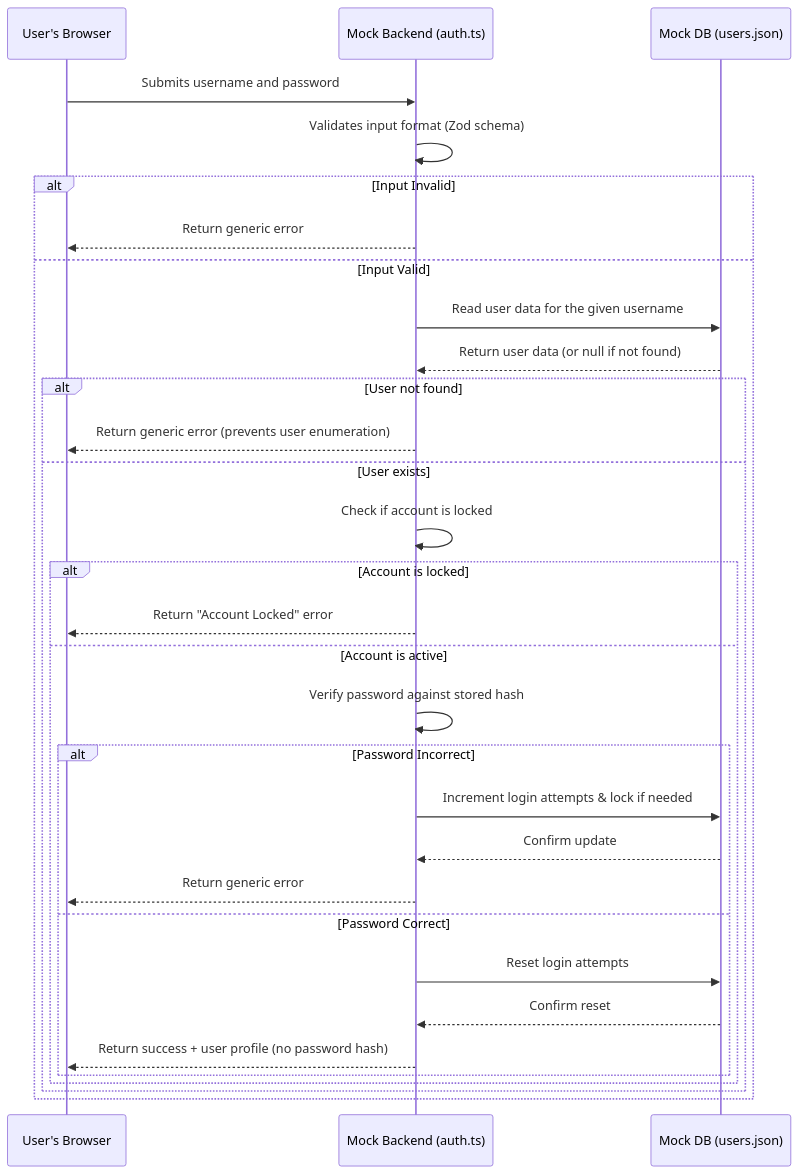
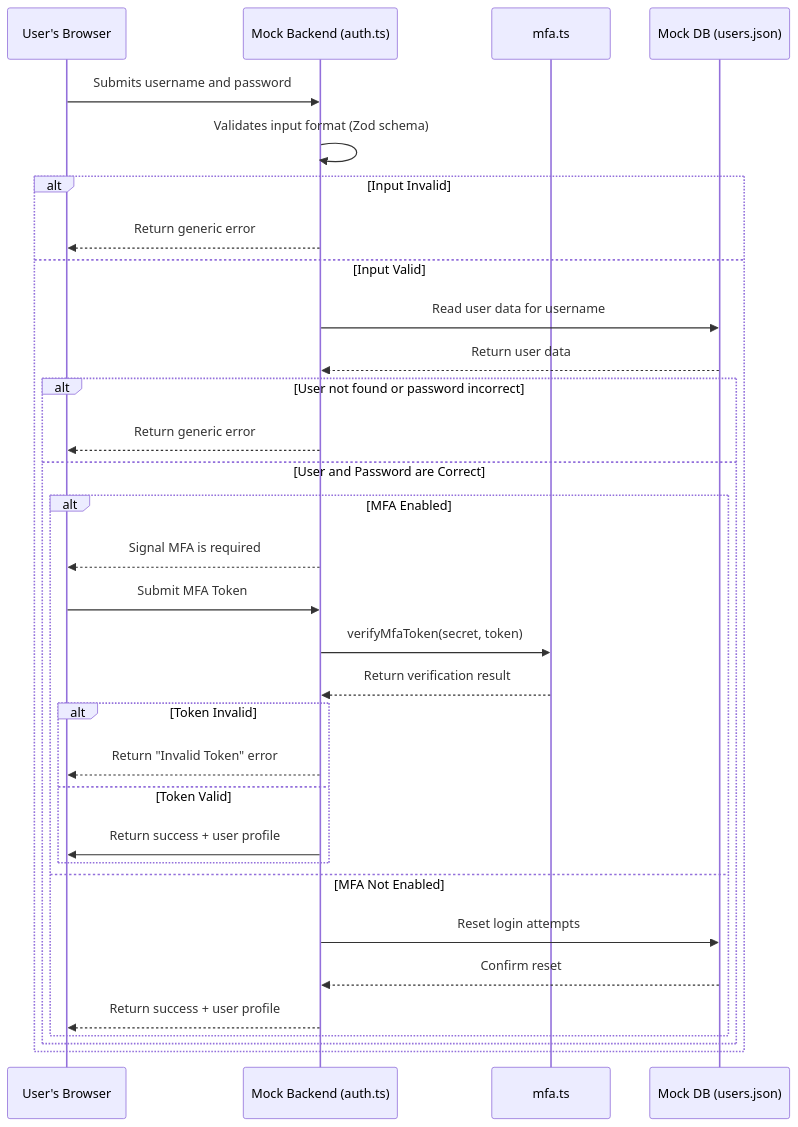
Before and after one commit to Dr-Risk/MyWork2: the diagram in docs/sdlc/3_architecture_and_design.md, drawn with Mermaid. The commit also changed other lines of this file and 4 other files, not shown here.

Commit message:
I see this error with the app, reported by NextJS, please fix it. The er

````diff
--- a/docs/sdlc/3_architecture_and_design.md
+++ b/docs/sdlc/3_architecture_and_design.md
@@ -42,34 +42,35 @@
 ```mermaid
 sequenceDiagram
     participant Client as User's Browser
     participant Server as Mock Backend (auth.ts)
+    participant MFAService as mfa.ts
     participant DB as Mock DB (users.json)
 
     Client->>Server: Submits username and password
     Server->>Server: Validates input format (Zod schema)
     alt Input Invalid
         Server-->>Client: Return generic error
     else Input Valid
-        Server->>DB: Read user data for the given username
-        DB-->>Server: Return user data (or null if not found)
-        alt User not found
-            Server-->>Client: Return generic error (prevents user enumeration)
-        else User exists
-            Server->>Server: Check if account is locked
-            alt Account is locked
-                 Server-->>Client: Return "Account Locked" error
-            else Account is active
-                Server->>Server: Verify password against stored hash
-                alt Password Incorrect
-                    Server->>DB: Increment login attempts & lock if needed
-                    DB-->>Server: Confirm update
-                    Server-->>Client: Return generic error
-                else Password Correct
-                    Server->>DB: Reset login attempts
-                    DB-->>Server: Confirm reset
-                    Server-->>Client: Return success + user profile (no password hash)
+        Server->>DB: Read user data for username
+        DB-->>Server: Return user data
+        alt User not found or password incorrect
+            Server-->>Client: Return generic error
+        else User and Password are Correct
+            alt MFA Enabled
+                Server-->>Client: Signal MFA is required
+                Client->>Server: Submit MFA Token
+                Server->>MFAService: verifyMfaToken(secret, token)
+                MFAService-->>Server: Return verification result
+                alt Token Invalid
+                    Server-->>Client: Return "Invalid Token" error
+                else Token Valid
+                    Server->>Client: Return success + user profile
                 end
+            else MFA Not Enabled
+                 Server->>DB: Reset login attempts
+                 DB-->>Server: Confirm reset
+                 Server-->>Client: Return success + user profile
             end
         end
     end
 ```
````
